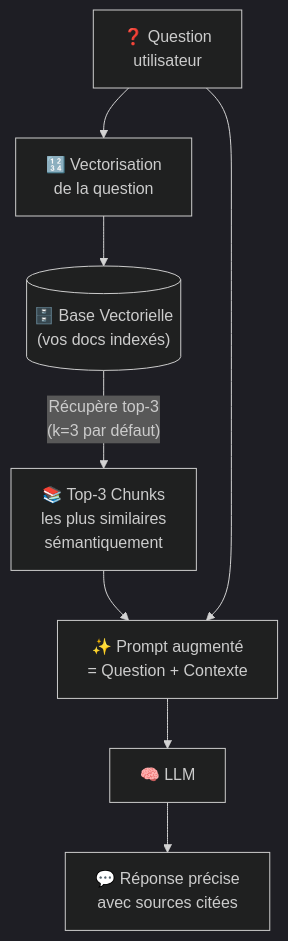
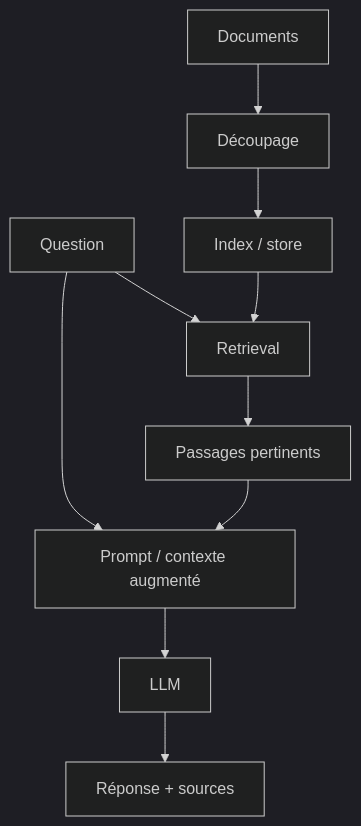
The second of 2 diagrams in docs/chapitre-7-rag/index.md (FTurleque/doc-utilisation-ia), drawn with Mermaid (dark theme) before and after one commit. The commit also changed other lines of this file, not shown here.

````diff
--- a/docs/chapitre-7-rag/index.md
+++ b/docs/chapitre-7-rag/index.md
@@ -56,13 +47,12 @@
 ```mermaid
 graph TD
-    Q["❓ Question\nutilisateur"] --> EMB["🔢 Vectorisation\nde la question"]
-
-    EMB --> VDB[("🗄️ Base Vectorielle\n(vos docs indexés)")]
-    VDB -->|"Récupère top-3<br/>(k=3 par défaut)"| CTX["📚 Top-3 Chunks<br/>les plus similaires<br/>sémantiquement"]
-
-    CTX --> AUGMENT["✨ Prompt augmenté\n= Question + Contexte"]
-    Q --> AUGMENT
-
-    AUGMENT --> LLM["🧠 LLM"]
-    LLM --> ANS["💬 Réponse précise\navec sources citées"]
+    DOCS["Documents"] --> CHUNK["Découpage"]
+    CHUNK --> IDX["Index / store"]
+    Q["Question"] --> RET["Retrieval"]
+    IDX --> RET
+    RET --> CTX["Passages pertinents"]
+    Q --> AUG["Prompt / contexte augmenté"]
+    CTX --> AUG
+    AUG --> LLM["LLM"]
+    LLM --> ANS["Réponse + sources"]
 ```
````
